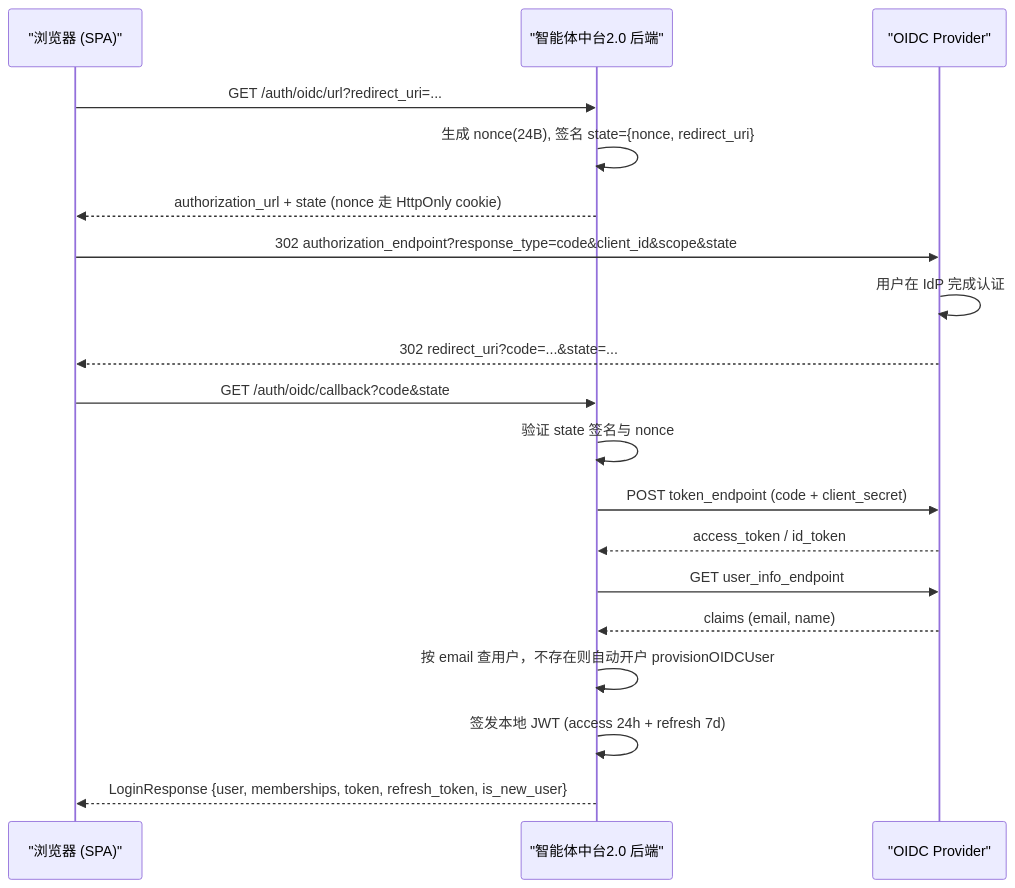
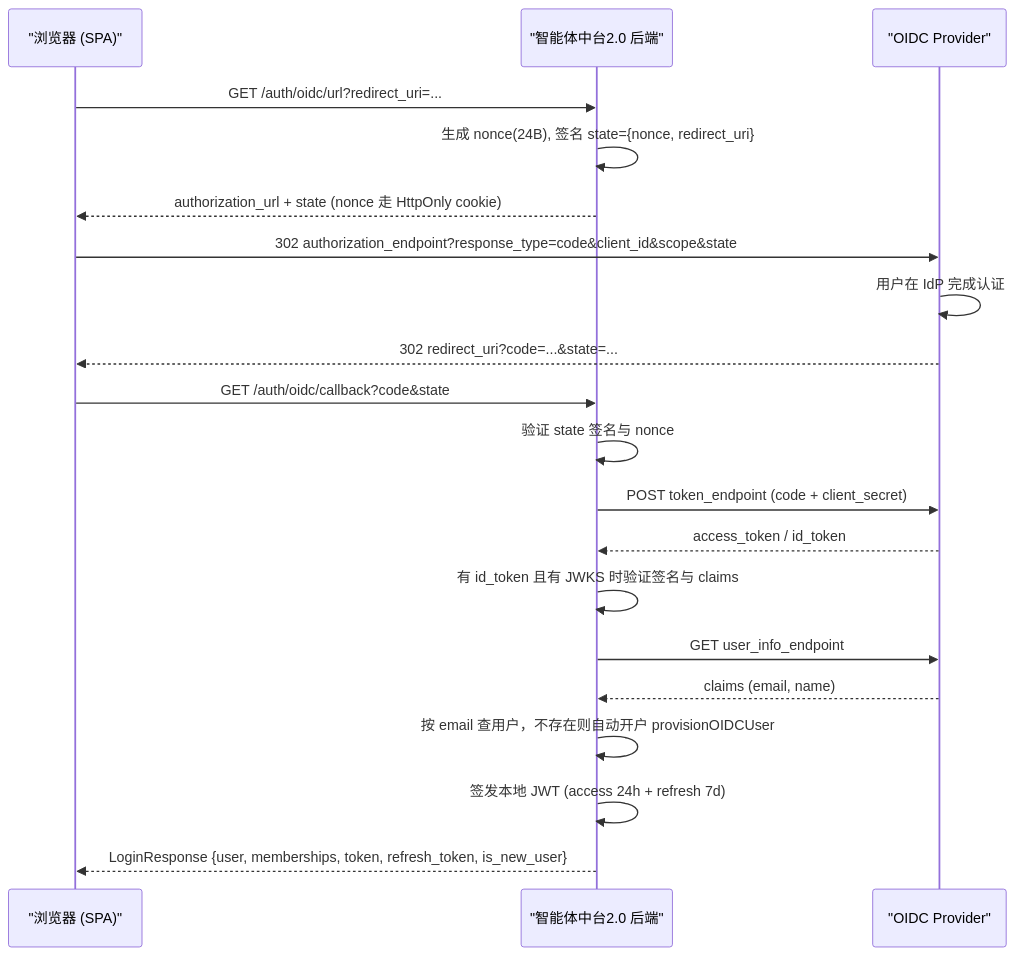
The second of 2 diagrams in apps/docs/03-features/01-tenant-auth.md (qinlei131479/WeKnora), drawn with Mermaid before and after one commit. The commit also changed other lines of this file and 66 other files, not shown here.

````diff
--- a/apps/docs/03-features/01-tenant-auth.md
+++ b/apps/docs/03-features/01-tenant-auth.md
@@ -424,21 +425,22 @@
 ```mermaid
 sequenceDiagram
     participant B as "浏览器 (SPA)"
     participant W as "智能体中台2.0 后端"
     participant IdP as "OIDC Provider"
     B->>W: GET /auth/oidc/url?redirect_uri=...
     W->>W: 生成 nonce(24B), 签名 state={nonce, redirect_uri}
     W-->>B: authorization_url + state (nonce 走 HttpOnly cookie)
     B->>IdP: 302 authorization_endpoint?response_type=code&client_id&scope&state
     IdP->>IdP: 用户在 IdP 完成认证
     IdP-->>B: 302 redirect_uri?code=...&state=...
     B->>W: GET /auth/oidc/callback?code&state
     W->>W: 验证 state 签名与 nonce
     W->>IdP: POST token_endpoint (code + client_secret)
     IdP-->>W: access_token / id_token
+    W->>W: 有 id_token 且有 JWKS 时验证签名与 claims
     W->>IdP: GET user_info_endpoint
     IdP-->>W: claims (email, name)
     W->>W: 按 email 查用户，不存在则自动开户 provisionOIDCUser
     W->>W: 签发本地 JWT (access 24h + refresh 7d)
     W-->>B: LoginResponse {user, memberships, token, refresh_token, is_new_user}
 ```
````
